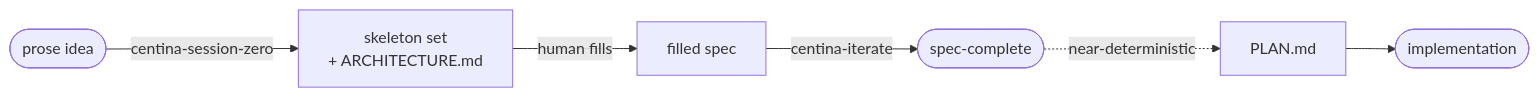
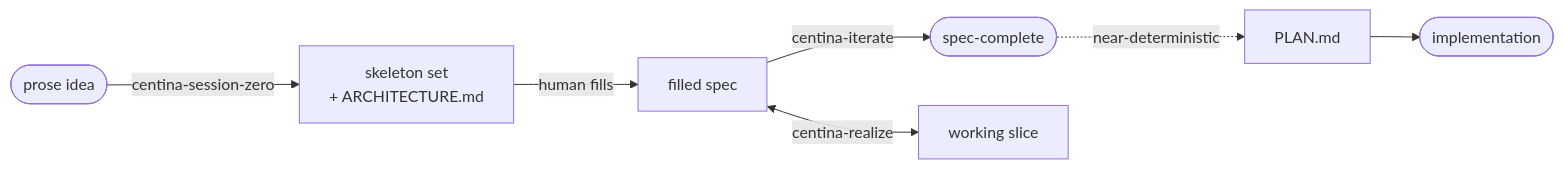
Before and after one commit to adamtwede/centina: the first of 2 diagrams in README.md, drawn with Mermaid. The commit also changed other lines of this file and 11 other files, not shown here.

First line of the commit message:
Add centina-realize skill and contracts override check

````diff
--- a/README.md
+++ b/README.md
@@ -544,7 +552,8 @@
 ```mermaid
 flowchart LR
   prose(["prose idea"]) -->|centina-session-zero| skel["skeleton set<br/>+ ARCHITECTURE.md"]
   skel -->|human fills| filled["filled spec"]
   filled -->|centina-iterate| clean(["spec-complete"])
+  filled <-->|centina-realize| slice["working slice"]
   clean -. near-deterministic .-> plan["PLAN.md"] --> impl(["implementation"])
 ```
````
